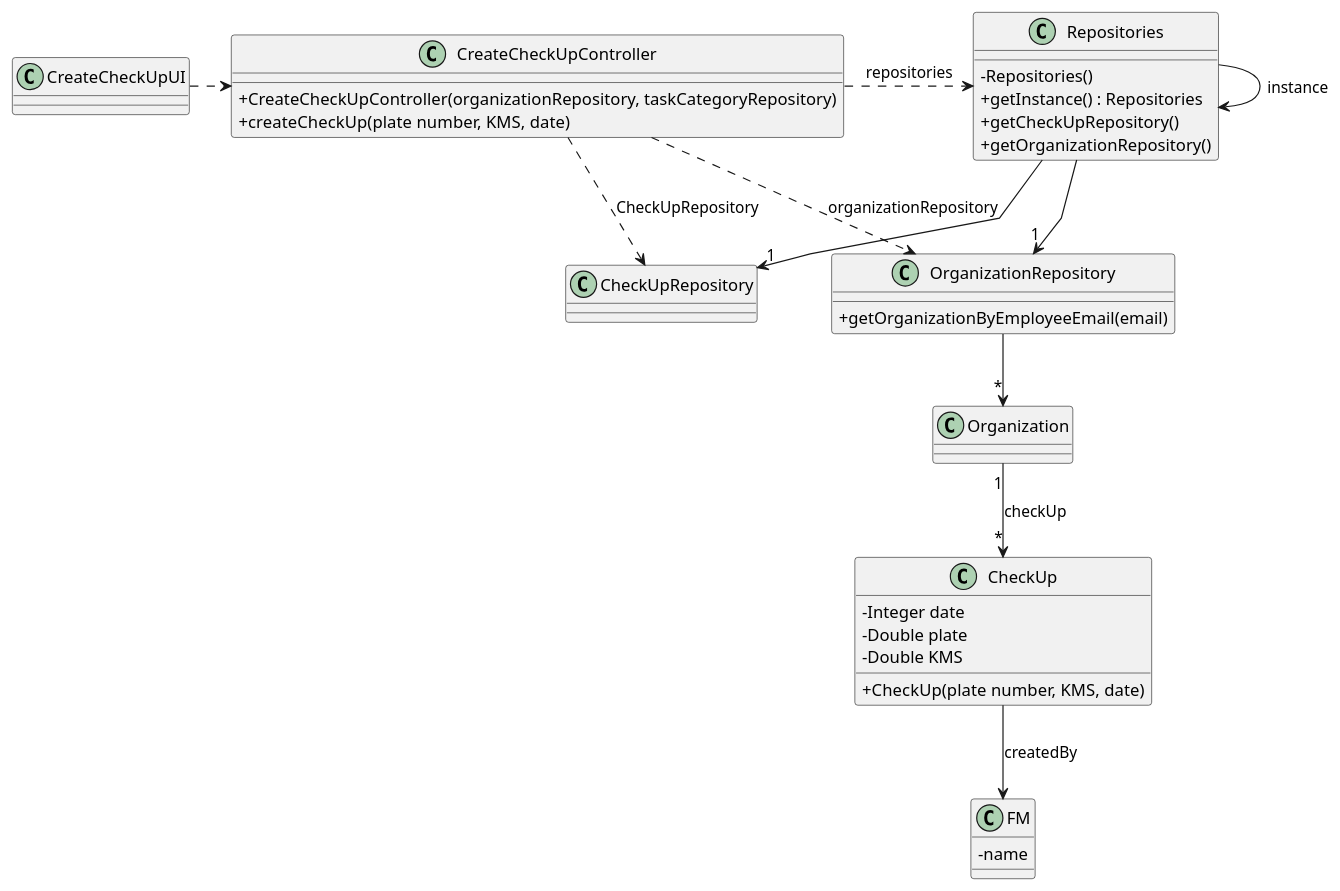
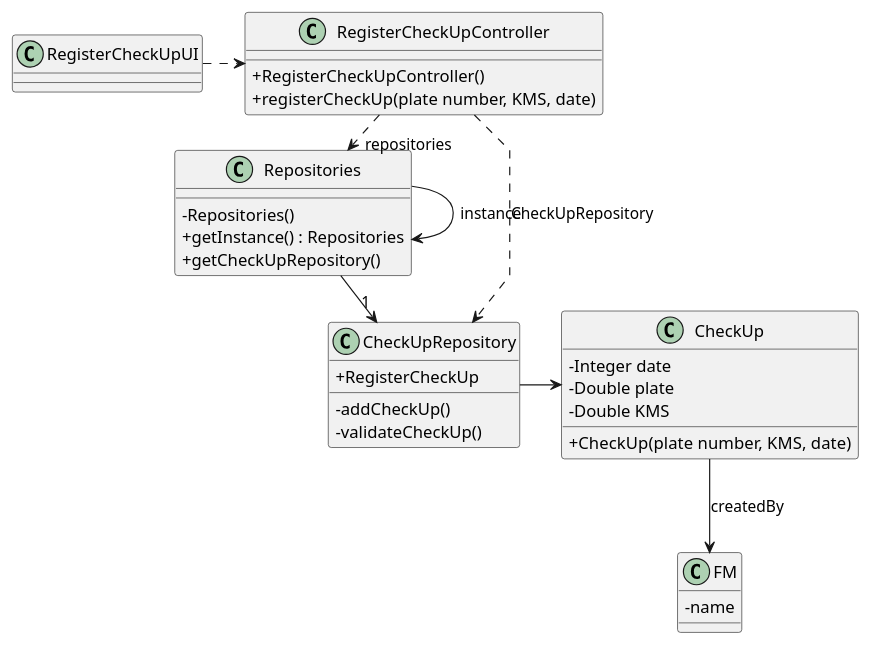
One commit to daniel41silva05/ISEP_2023_2024_LAPR2 changed the diagram in docs/sprintA&B/us007/03.design/puml/us007-class-diagram.puml. Above: the diagram before and after it, drawn with PlantUML. The commit also changed 2 other files, not shown here.

```diff
--- a/docs/sprintA&B/us007/03.design/puml/us007-class-diagram.puml
+++ b/docs/sprintA&B/us007/03.design/puml/us007-class-diagram.puml
@@ -1,124 +1,58 @@
 @startuml
 'skinparam monochrome true
 skinparam packageStyle rectangle
 skinparam shadowing false
 skinparam linetype polyline
 'skinparam linetype orto
 
 skinparam classAttributeIconSize 0
 
-'left to right direction
+class CheckUpRepository{
+   -addCheckUp()
+   -validateCheckUp()
 
-'class ApplicationSession
-'{
-'    + static getInstance()
-'    + getCurrentSession()
-'}
-
-'class UserSession
-'{
-'    + getUserEmail()
-'}
+   + RegisterCheckUp
+}
 
 class FM {
     - name
 }
 
 class CheckUp {
     - Integer date
     - Double plate
     - Double KMS
 
     + CheckUp(plate number, KMS, date)
 }
 
-'class TaskCategory {
-'    - String description
-'
-'    + TaskCategory(description)
-'}
-
-'class Organization {
-'    - String name
-'    - String vatNumber
-'    - String website
-'    - String phone
-'    - String email
-'
-'    - addTask(task)
-'    - validateTask(task)
-'    + anyEmployeeHasEmail(email)
-'    + Organization(name, vatNumber, webSite, phone, email, postalAddress, manager)
-'    + createTask(reference, description, informalDesccription,\ntechnicalDescription, duration, cost, taskCategoryDescription)
-'    - getEmployeeByEmail(email)
-'
-''  +saveTask(task)
-'}
-
-'class TaskCategoryRepository {
-'    + getTaskCategoryByDescription(description)
-'}
-
-class OrganizationRepository {
-    + getOrganizationByEmployeeEmail(email)
-}
 
 class Repositories {
     - Repositories()
     + getInstance() : Repositories
     + getCheckUpRepository()
-    + getOrganizationRepository()
 }
 
-class CreateCheckUpController {
-    + CreateCheckUpController(organizationRepository, taskCategoryRepository)
-'    + getTaskCategories()
-    + createCheckUp(plate number, KMS, date)
-'    - getTaskCategoryByDescription(taskCategoryDescription)
-'    - getEmployeeFromSession()
+class RegisterCheckUpController {
+    + RegisterCheckUpController()
+    + registerCheckUp(plate number, KMS, date)
 }
 
-'note right of CreateTaskController
-'    - userEmail is obtained
-'    from the user session
-'    - categoryDescription
-'    is retrieved from selected data
-'end note
-
-'note bottom of TaskCategoryRepository
-'    - used for displaying
-'    the category list
-'end note
-
-class CreateCheckUpUI {
+class RegisterCheckUpUI {
 }
 
 Repositories -> Repositories : instance
-'ApplicationSession -> ApplicationSession : instance
 
-CreateCheckUpUI .> CreateCheckUpController
+RegisterCheckUpUI .> RegisterCheckUpController
 
-CreateCheckUpController .> Repositories : repositories
+RegisterCheckUpController .> Repositories : repositories
 
 Repositories -> "1" CheckUpRepository
 
-'CreateCheckUpController ..> TaskCategory
-CreateCheckUpController ..> OrganizationRepository : organizationRepository
-CreateCheckUpController ..> CheckUpRepository : CheckUpRepository
+CheckUpRepository -> CheckUp
+RegisterCheckUpController ..> CheckUpRepository : CheckUpRepository
 
-Repositories --> "1" OrganizationRepository
-
-OrganizationRepository --> "*" Organization
-'ApplicationSession --> "1" UserSession : userSession
-
-'CreateCheckUpController ..> "1" Organization : organization
-'CreateCheckUpController ..> ApplicationSession
-'CreateCheckUpController ..> UserSession
-'CheckUp "*" --> "1" TaskCategory : taskCategory
-'CheckUpRepository "1" --> "*" TaskCategory : taskCategory
-Organization "1" --> "*" CheckUp : checkUp
 CheckUp --> FM : createdBy
 
-'Organization --> "*" FM : employs
 
 @enduml
```
